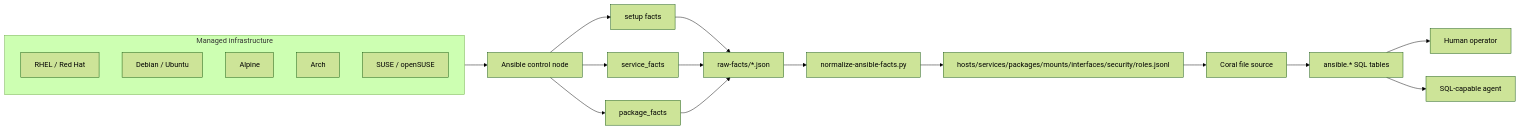
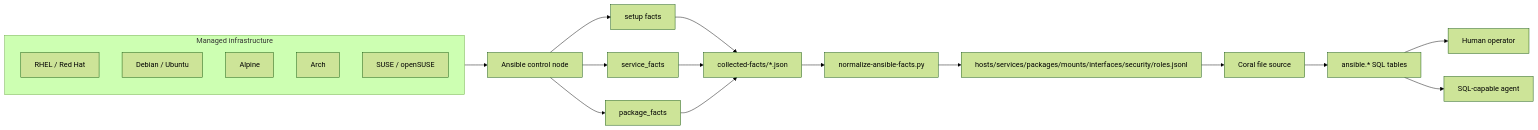
Before and after one commit to withcoral/coral: the second of 3 diagrams in sources/community/ansible/README.md, drawn with Mermaid (forest theme). The commit also changed other lines of this file and 6 other files, not shown here.

````diff
--- a/sources/community/ansible/README.md
+++ b/sources/community/ansible/README.md
@@ -98,29 +98,29 @@
 ```mermaid
 flowchart LR
   subgraph Infra["Managed infrastructure"]
     RHEL["RHEL / Red Hat"]
     Debian["Debian / Ubuntu"]
     Alpine["Alpine"]
     Arch["Arch"]
     SUSE["SUSE / openSUSE"]
   end
 
   Infra --> Ansible["Ansible control node"]
 
   Ansible --> Setup["setup facts"]
   Ansible --> Services["service_facts"]
   Ansible --> Packages["package_facts"]
 
-  Setup --> Raw["raw-facts/*.json"]
-  Services --> Raw
-  Packages --> Raw
+  Setup --> Collected["collected-facts/*.json"]
+  Services --> Collected
+  Packages --> Collected
 
-  Raw --> Normalize["normalize-ansible-facts.py"]
+  Collected --> Normalize["normalize-ansible-facts.py"]
   Normalize --> JSONL["hosts/services/packages/mounts/interfaces/security/roles.jsonl"]
 
   JSONL --> Coral["Coral file source"]
   Coral --> SQL["ansible.* SQL tables"]
 
   SQL --> Human["Human operator"]
   SQL --> Agent["SQL-capable agent"]
 ```
````
